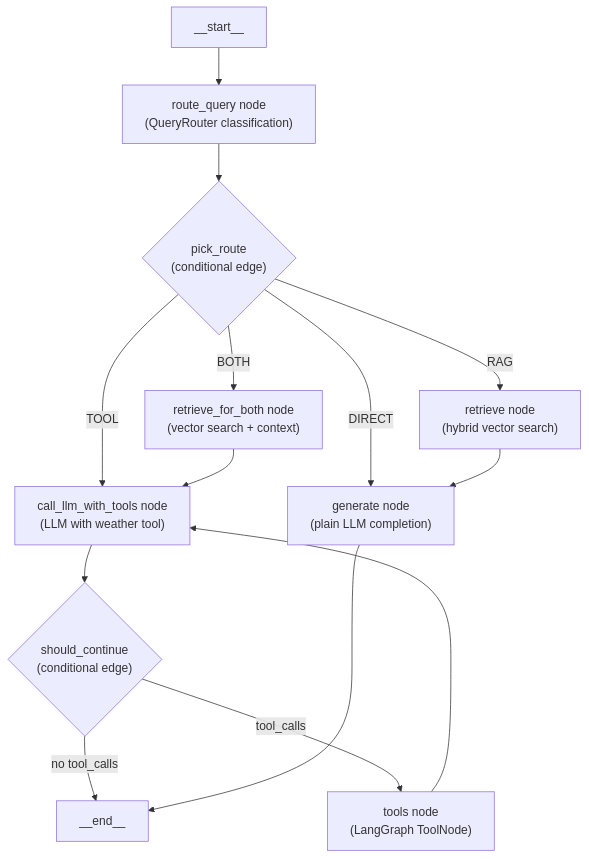
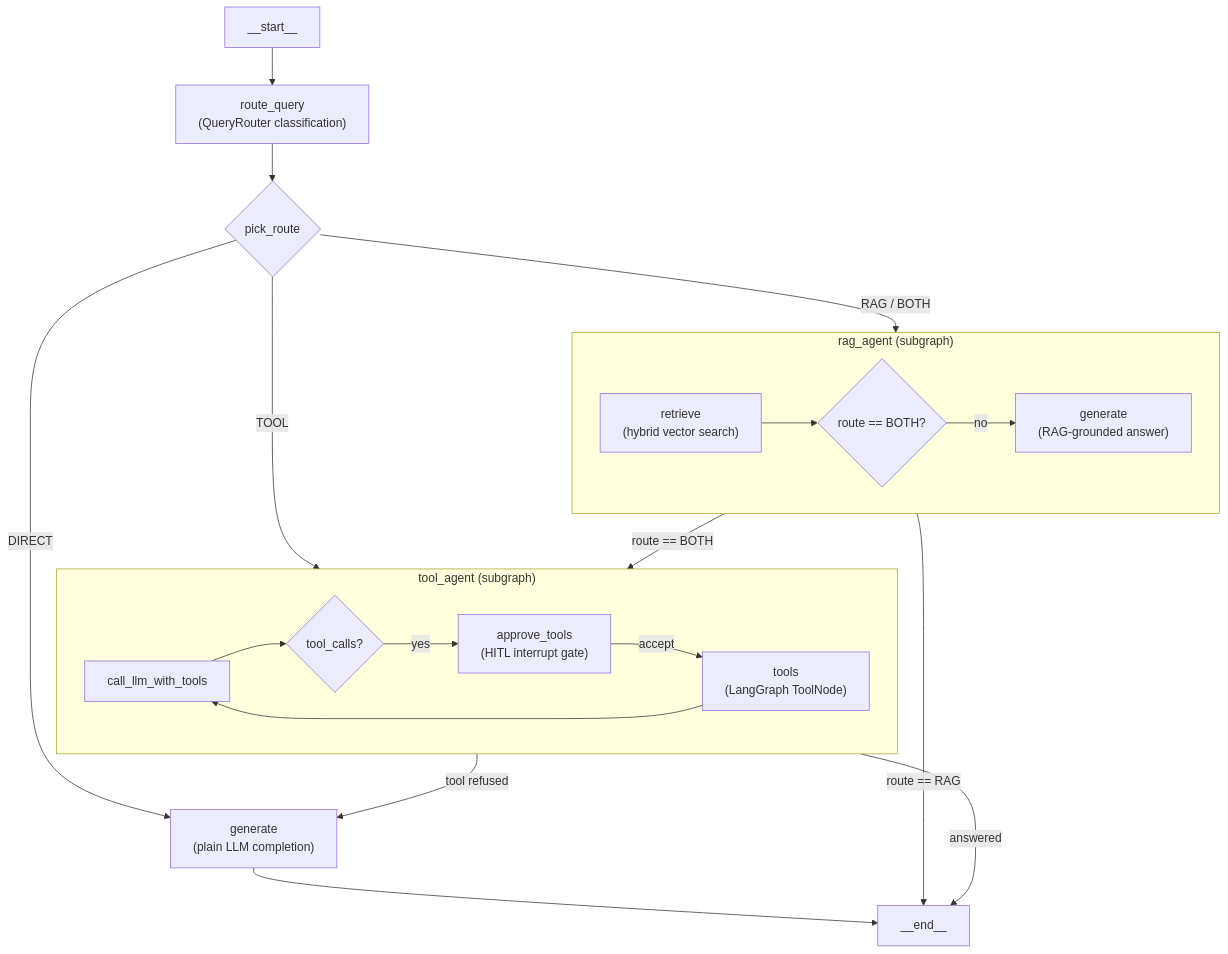
One commit to Harish1404/LangGraph-AI-Backend changed the second of 5 diagrams in docs/workflow.md. Above: the diagram before and after it, drawn with Mermaid. The commit also changed other lines of this file and 32 other files, not shown here.

````diff
--- a/docs/workflow.md
+++ b/docs/workflow.md
@@ -87,21 +87,28 @@
 ```mermaid
 graph TD
-    START["__start__"] --> route_query["route_query node<br/>(QueryRouter classification)"]
-    
-    route_query --> pick_route{"pick_route<br/>(conditional edge)"}
-    
-    pick_route -->|"RAG"| retrieve["retrieve node<br/>(hybrid vector search)"]
-    pick_route -->|"TOOL"| call_llm_with_tools["call_llm_with_tools node<br/>(LLM with weather tool)"]
-    pick_route -->|"BOTH"| retrieve_for_both["retrieve_for_both node<br/>(vector search + context)"]
-    pick_route -->|"DIRECT"| generate["generate node<br/>(plain LLM completion)"]
+    START["__start__"] --> route_query["route_query<br/>(QueryRouter classification)"]
 
-    retrieve --> generate
-    retrieve_for_both --> call_llm_with_tools
+    route_query --> pick_route{"pick_route"}
 
-    call_llm_with_tools --> should_continue{"should_continue<br/>(conditional edge)"}
-    should_continue -->|"tool_calls"| tools["tools node<br/>(LangGraph ToolNode)"]
-    should_continue -->|"no tool_calls"| END["__end__"]
-    
-    tools --> call_llm_with_tools
+    pick_route -->|"RAG / BOTH"| rag_agent
+    pick_route -->|"TOOL"| tool_agent
+    pick_route -->|"DIRECT"| generate["generate<br/>(plain LLM completion)"]
+
+    subgraph rag_agent["rag_agent (subgraph)"]
+        rag_retrieve["retrieve<br/>(hybrid vector search)"] --> rag_answer{"route == BOTH?"}
+        rag_answer -->|"no"| rag_generate["generate<br/>(RAG-grounded answer)"]
+    end
+
+    subgraph tool_agent["tool_agent (subgraph)"]
+        call_llm["call_llm_with_tools"] --> should_continue{"tool_calls?"}
+        should_continue -->|"yes"| approve["approve_tools<br/>(HITL interrupt gate)"]
+        approve -->|"accept"| tools["tools<br/>(LangGraph ToolNode)"]
+        tools --> call_llm
+    end
+
+    rag_agent -->|"route == BOTH"| tool_agent
+    rag_agent -->|"route == RAG"| END["__end__"]
+    tool_agent -->|"tool refused"| generate
+    tool_agent -->|"answered"| END
     generate --> END
 ```
````
